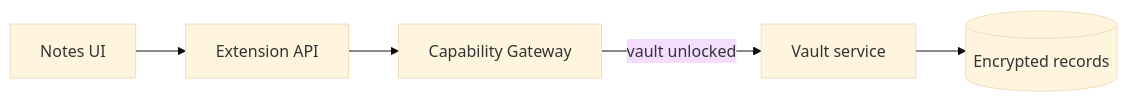
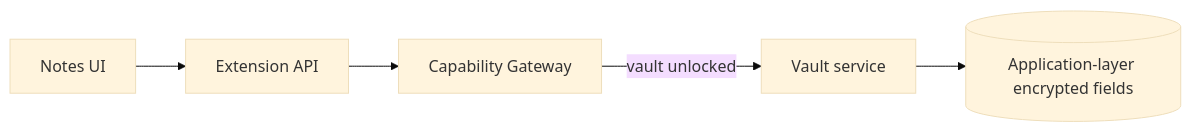
Before and after one commit to syurodev/base: the diagram in content/projects/dev-kit/vault.mdx, drawn with Mermaid (base theme). The commit also changed other lines of this file and 9 other files, not shown here.

Commit message:
docs: align DevKit knowledge pages with architecture scope

````diff
--- a/content/projects/dev-kit/vault.mdx
+++ b/content/projects/dev-kit/vault.mdx
@@ -10,7 +10,7 @@
 ```mermaid
 flowchart LR
   UI[Notes UI] --> API[Extension API]
   API --> GW[Capability Gateway]
   GW -->|vault unlocked| CORE[Vault service]
-  CORE --> DB[(Encrypted records)]
+  CORE --> DB[(Application-layer encrypted fields)]
 ```
````
